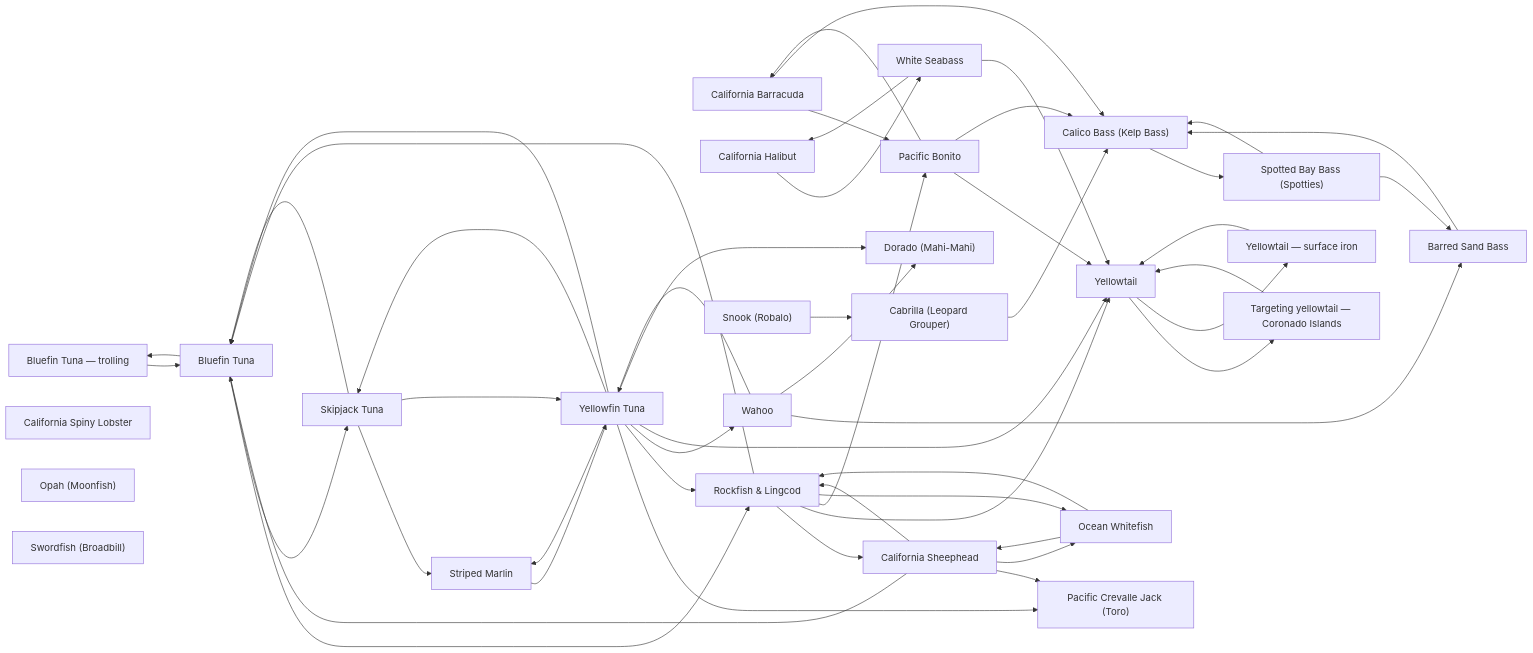
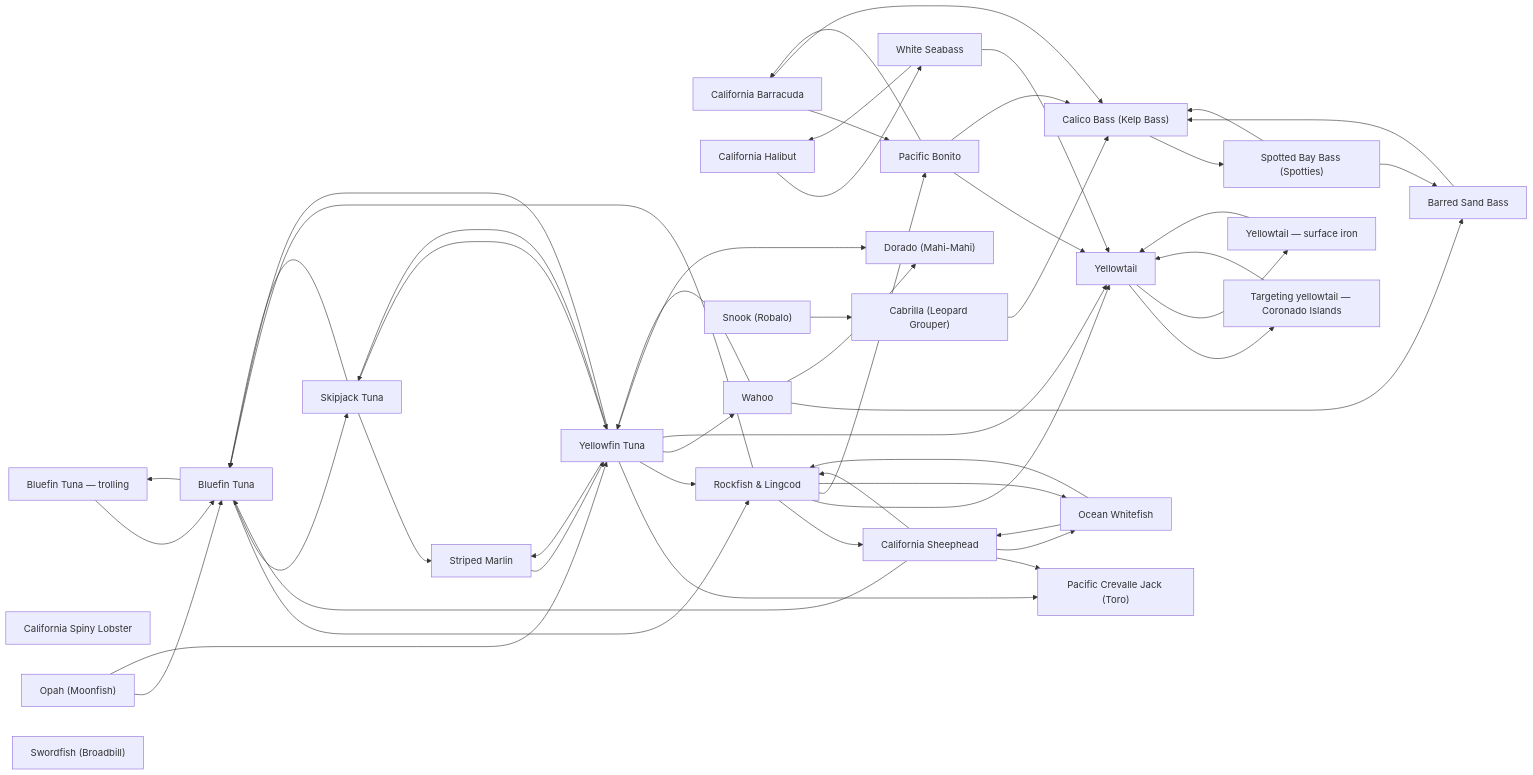
Before and after one commit to camchuckpete-max/Socal-Fishing-Knowledge: the diagram in species/README.md, drawn with Mermaid. The commit also changed other lines of this file and 13 other files, not shown here.

````diff
--- a/species/README.md
+++ b/species/README.md
@@ -42,77 +42,79 @@
 ```mermaid
 graph LR
   n0["California Barracuda"]
   n1["Bluefin Tuna — trolling"]
   n2["Bluefin Tuna"]
   n3["Pacific Bonito"]
   n4["Cabrilla (Leopard Grouper)"]
   n5["Calico Bass (Kelp Bass)"]
   n6["California Halibut"]
   n7["California Spiny Lobster"]
   n8["Dorado (Mahi-Mahi)"]
   n9["Ocean Whitefish"]
   n10["Opah (Moonfish)"]
   n11["Pacific Crevalle Jack (Toro)"]
   n12["Rockfish & Lingcod"]
   n13["Barred Sand Bass"]
   n14["California Sheephead"]
   n15["Skipjack Tuna"]
   n16["Snook (Robalo)"]
   n17["Spotted Bay Bass (Spotties)"]
   n18["Striped Marlin"]
   n19["Swordfish (Broadbill)"]
   n20["Wahoo"]
   n21["White Seabass"]
   n22["Yellowfin Tuna"]
   n23["Targeting yellowtail — Coronado Islands"]
   n24["Yellowtail — surface iron"]
   n25["Yellowtail"]
   n0 --> n3
   n0 --> n5
   n1 --> n2
+  n10 --> n2
+  n10 --> n22
   n12 --> n14
   n12 --> n2
   n12 --> n25
   n12 --> n3
   n12 --> n9
   n13 --> n5
   n14 --> n11
   n14 --> n12
   n14 --> n2
   n14 --> n9
   n15 --> n18
   n15 --> n2
   n15 --> n22
   n16 --> n4
   n17 --> n13
   n17 --> n5
   n18 --> n22
   n2 --> n1
   n2 --> n12
   n2 --> n15
   n20 --> n13
   n20 --> n22
   n20 --> n8
   n21 --> n25
   n21 --> n6
   n22 --> n11
   n22 --> n12
   n22 --> n15
   n22 --> n18
   n22 --> n2
   n22 --> n20
   n22 --> n25
   n22 --> n8
   n23 --> n25
   n24 --> n25
   n25 --> n23
   n25 --> n24
   n3 --> n0
   n3 --> n25
   n3 --> n5
   n4 --> n5
   n5 --> n17
   n6 --> n21
   n9 --> n12
   n9 --> n14
 ```
````
